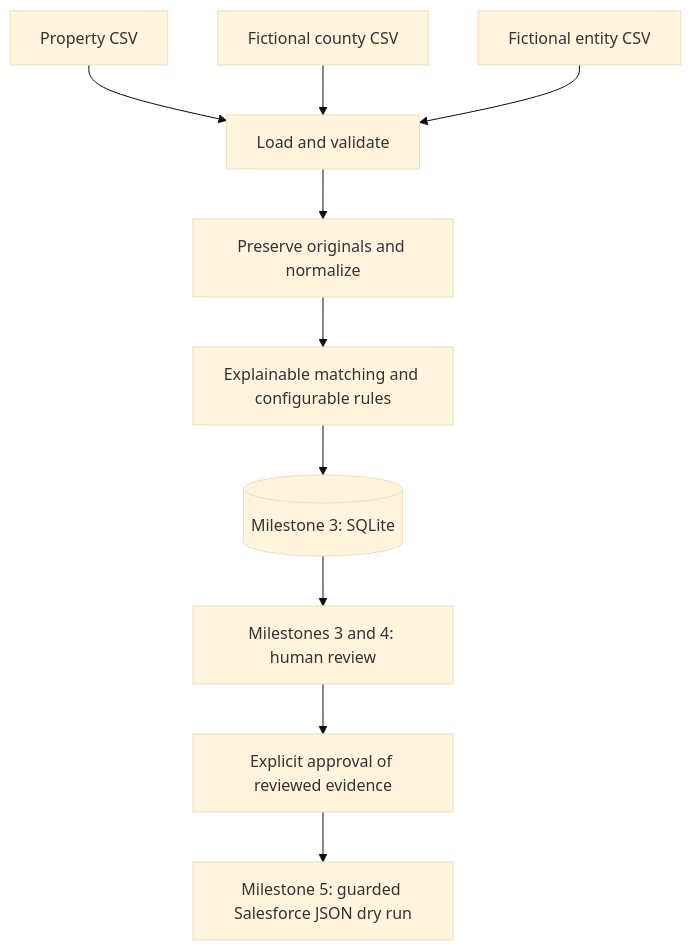
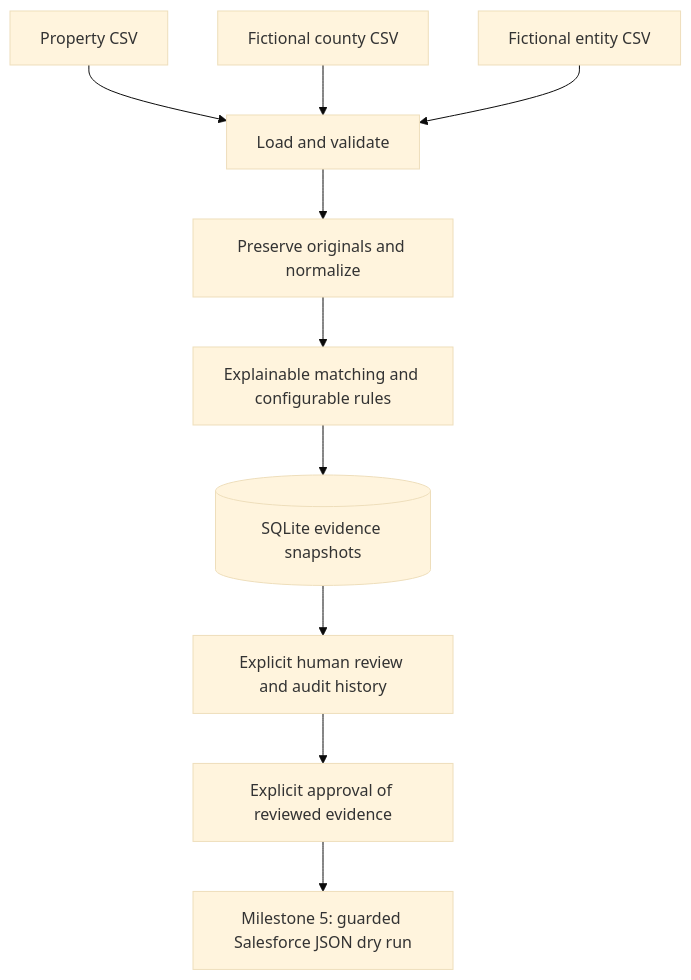
The diagram in README.md (templeanderson/ownership-intelligence), drawn with Mermaid (base theme) before and after one commit. The commit also changed other lines of this file and 11 other files, not shown here.

Commit message:
Add human review and audit history

````diff
--- a/README.md
+++ b/README.md
@@ -127,12 +154,12 @@
 ```mermaid
 flowchart TD
     P[Property CSV] --> I[Load and validate]
     C[Fictional county CSV] --> I
     E[Fictional entity CSV] --> I
     I --> N[Preserve originals and normalize]
     N --> M[Explainable matching and configurable rules]
-    M --> DB[(Milestone 3: SQLite)]
-    DB --> R[Milestones 3 and 4: human review]
+    M --> DB[(SQLite evidence snapshots)]
+    DB --> R[Explicit human review and audit history]
     R --> A[Explicit approval of reviewed evidence]
     A --> X[Milestone 5: guarded Salesforce JSON dry run]
 ```
````
